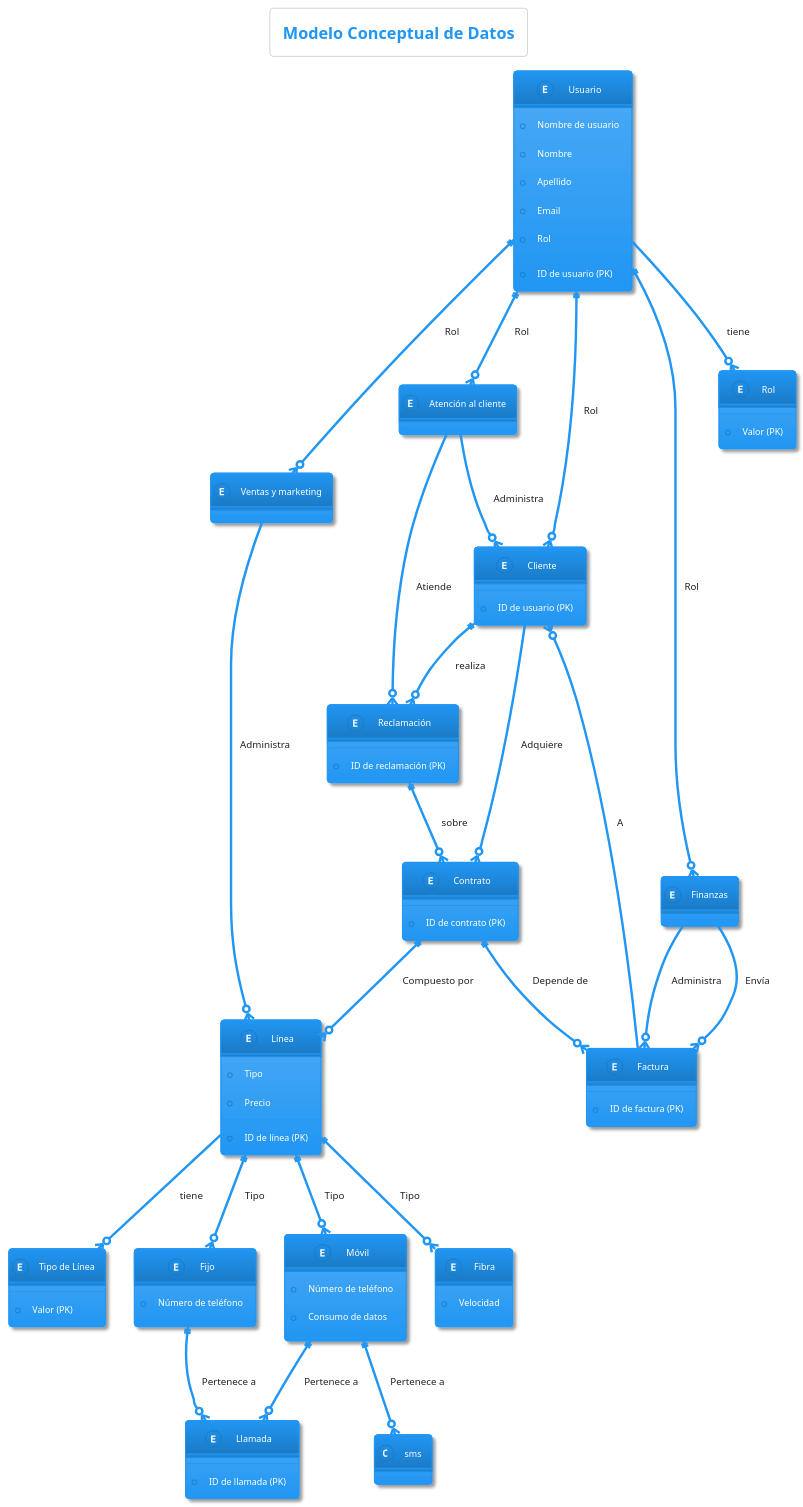
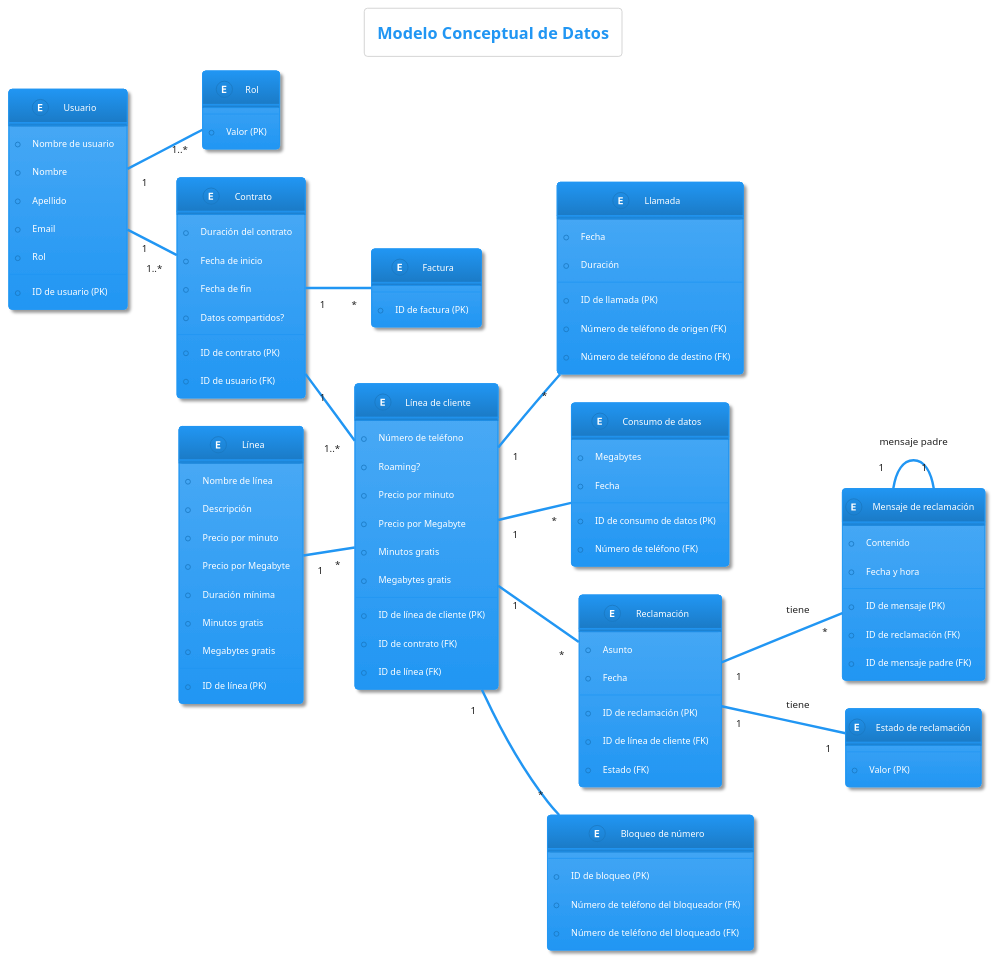
Before and after one commit to davidbp10/iw2023-2024-MovilUCA: the diagram in docs/diagrams/ConceptualDataModel.puml, drawn with PlantUML. The commit also changed 7 other files, not shown here.

Commit message:
V1.2024.01.08: rediseño de los diagramas para representar mejor el modelado actual.

```diff
--- a/docs/diagrams/ConceptualDataModel.puml
+++ b/docs/diagrams/ConceptualDataModel.puml
@@ -1,100 +1,117 @@
 @startuml ConceptualDataModel
 title Modelo Conceptual de Datos
 !theme materia
+left to right direction
+
 entity "Usuario" as usuario {
   + ID de usuario (PK)
   + Nombre de usuario
   + Nombre
   + Apellido
   + Email
   + Rol
 }
 
-entity "Cliente" as cliente {
-  + ID de usuario (PK)
-}
-
-entity "Ventas y marketing" as ventasMarketing {
-}
-
-entity "Atención al cliente" as atencionCliente {
-}
-
-entity "Finanzas" as finanzas {
-}
-
 entity "Rol" as rol {
   + Valor (PK)
 }
 
 entity "Contrato" as contrato {
   + ID de contrato (PK)
+  + ID de usuario (FK)
+  + Duración del contrato
+  + Fecha de inicio
+  + Fecha de fin
+  + Datos compartidos?
 }
 
 entity "Línea" as linea {
   + ID de línea (PK)
-  + Tipo
-  + Precio
+  + Nombre de línea
+  + Descripción
+  + Precio por minuto
+  + Precio por Megabyte
+  + Duración mínima
+  + Minutos gratis
+  + Megabytes gratis
+
 }
 
-entity "Tipo de Línea" as tipoLinea {
-  + Valor (PK)
-}
-
-entity "Fijo" as fijo {
+entity "Línea de cliente" as lineaCliente {
+  + ID de línea de cliente (PK)
+  + ID de contrato (FK)
+  + ID de línea (FK)
   + Número de teléfono
-}
-
-entity "Móvil" as movil {
-  + Número de teléfono
-  + Consumo de datos
-}
-
-entity "Fibra" as fibra {
-  + Velocidad
+  + Roaming?
+  + Precio por minuto
+  + Precio por Megabyte
+  + Minutos gratis
+  + Megabytes gratis
 }
 
 entity "Factura" as factura {
   + ID de factura (PK)
 }
 
 entity "Llamada" as llamada {
   + ID de llamada (PK)
+  + Número de teléfono de origen (FK)
+  + Número de teléfono de destino (FK)
+  + Fecha
+  + Duración
+}
+
+entity "Consumo de datos" as consumoDatos {
+  + ID de consumo de datos (PK)
+  + Número de teléfono (FK)
+  + Megabytes
+  + Fecha
 }
 
 entity "Reclamación" as reclamacion {
   + ID de reclamación (PK)
+  + ID de línea de cliente (FK)
+  + Asunto
+  + Estado (FK)
+  + Fecha
 }
 
-usuario ||--o{ cliente : Rol
-usuario ||--o{ ventasMarketing : Rol
-usuario ||--o{ atencionCliente : Rol
-usuario ||--o{ finanzas : Rol
+entity "Mensaje de reclamación" as msgReclamacion {
+  + ID de mensaje (PK)
+  + ID de reclamación (FK)
+  + ID de mensaje padre (FK)
+  + Contenido 
+  + Fecha y hora
+
+}
+
+entity "Estado de reclamación" as estadoReclamacion {
+  + Valor (PK)
+}
+
+entity "Bloqueo de número" as bloqueoNumero {
+  + ID de bloqueo (PK)
+  + Número de teléfono del bloqueador (FK)
+  + Número de teléfono del bloqueado  (FK)
+}
+
+usuario "1" -- "1..*" rol
+usuario "1" -- "1..*" contrato
+
+contrato "1" -- "1..*" lineaCliente
+contrato "1" -- "*" factura
 
 
-usuario --o{ rol : tiene
-linea --o{ tipoLinea : tiene
+linea "1" -- "*" lineaCliente
 
-contrato ||--o{ linea : Compuesto por
+lineaCliente "1" -- "*" llamada
+lineaCliente "1" -- "*" consumoDatos
+lineaCliente "1" -- "*" bloqueoNumero
+lineaCliente "1" -- "*" reclamacion
 
-cliente --o{ contrato : Adquiere
-cliente ||--o{ reclamacion : realiza
-reclamacion ||--o{ contrato: sobre
+reclamacion "1" -- "*" msgReclamacion : tiene
+reclamacion "1" -- "1" estadoReclamacion : tiene
+msgReclamacion "1" -- "1" msgReclamacion : mensaje padre
 
-movil ||--o{ llamada : Pertenece a
-movil ||--o{ sms : Pertenece a
 
-fijo ||--o{ llamada : Pertenece a
-
-ventasMarketing --o{ linea: Administra
-atencionCliente --o{ cliente: Administra
-atencionCliente --o{ reclamacion: Atiende
-finanzas --o{ factura: Administra
-finanzas --o{ factura: Envía
-factura --o{ cliente: A
-contrato ||--o{ factura : Depende de
-
-linea ||--o{ fijo : Tipo
-linea ||--o{ movil : Tipo
-linea ||--o{ fibra : Tipo
 @enduml
```
